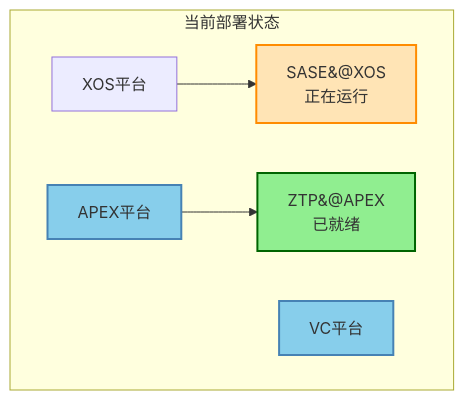
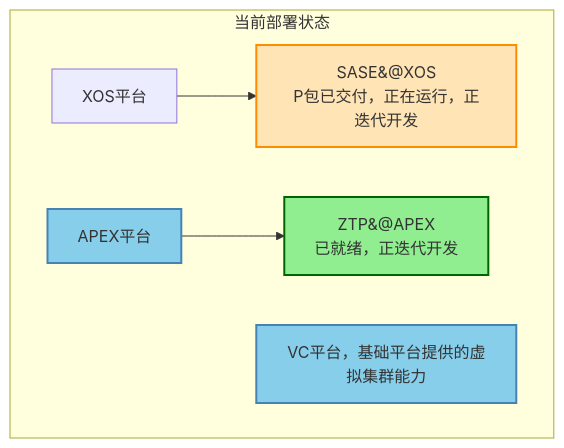
Before and after one commit to turtacn/PersonalAI: the first of 4 diagrams in examples/PA/merge/vc.md, drawn with Mermaid. The commit also changed other lines of this file, not shown here.

````diff
--- a/examples/PA/merge/vc.md
+++ b/examples/PA/merge/vc.md
@@ -9,23 +9,23 @@
 ```mermaid
 graph TB
     %% 图例
     classDef readyPlatform fill:#90EE90,stroke:#006400,stroke-width:2px
     classDef currentPlatform fill:#FFE4B5,stroke:#FF8C00,stroke-width:2px
     classDef targetPlatform fill:#87CEEB,stroke:#4682B4,stroke-width:2px
     
     subgraph CURRENT[当前部署状态]
         XOS[XOS平台]
         APEX[APEX平台]
-        VC[VC平台]
+        VC[VC平台，基础平台提供的虚拟集群能力]
         
-        SASE_XOS[SASE&#64;XOS<br/>正在运行]
-        ZTP_APEX[ZTP&#64;APEX<br/>已就绪]
+        SASE_XOS[SASE&#64;XOS<br/>P包已交付，正在运行，正迭代开发]
+        ZTP_APEX[ZTP&#64;APEX<br/>已就绪，正迭代开发]
         
         XOS --> SASE_XOS
         APEX --> ZTP_APEX
     end
     
     class SASE_XOS currentPlatform
     class ZTP_APEX readyPlatform
     class APEX,VC targetPlatform
 ```
````
